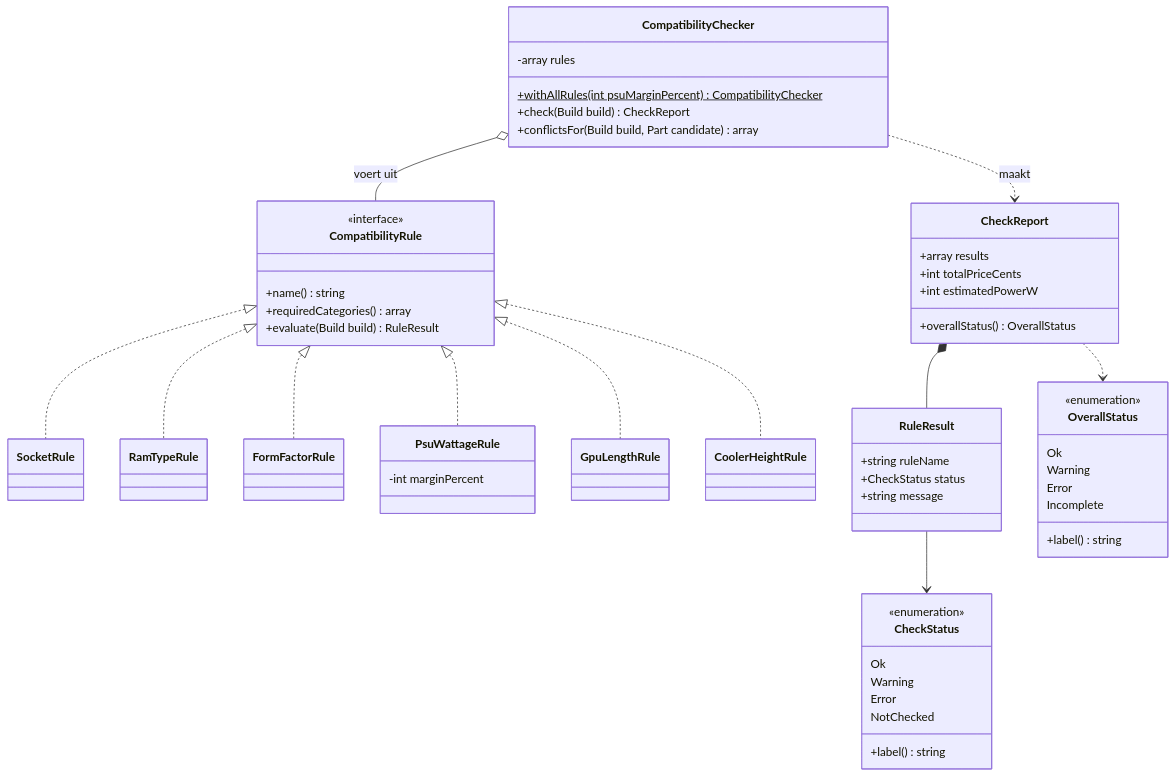
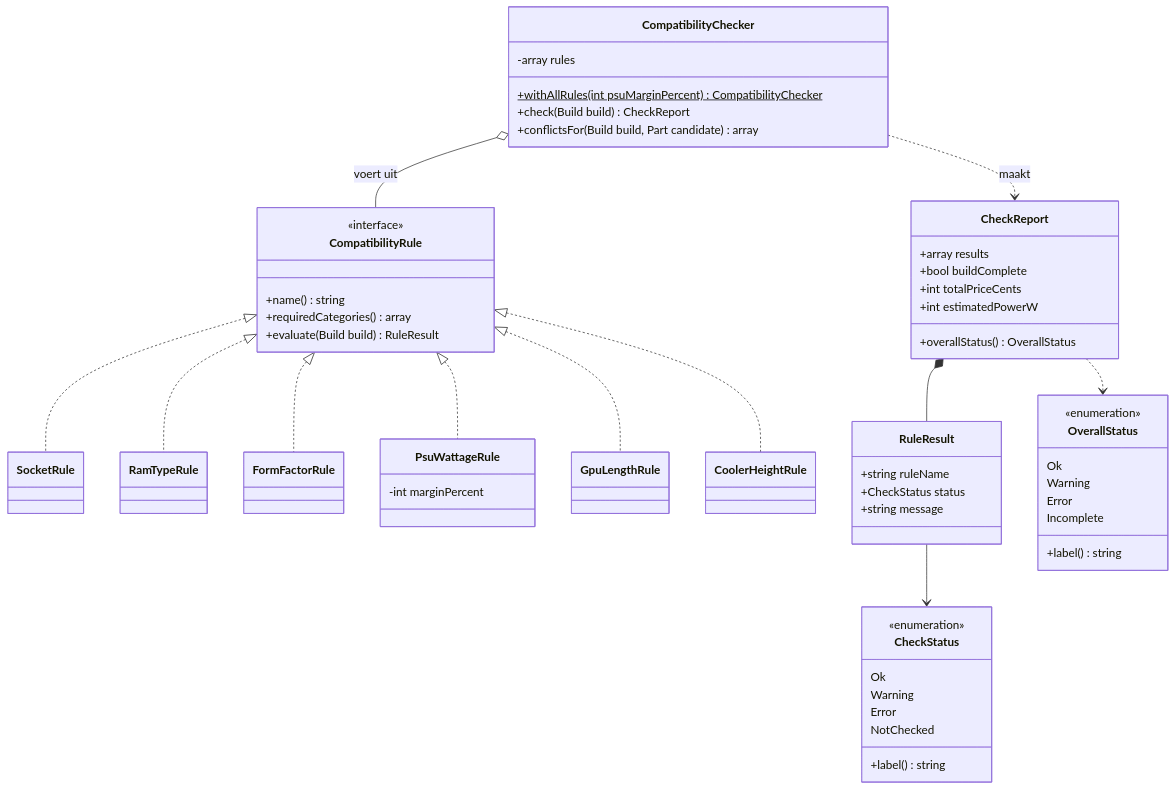
The fifth of 8 diagrams in docs/ontwerp.md (Niels023/pc-bouwplanner), drawn with Mermaid before and after one commit. The commit also changed other lines of this file and 5 other files, not shown here.

````diff
--- a/docs/ontwerp.md
+++ b/docs/ontwerp.md
@@ -325,62 +326,63 @@
 ```mermaid
 classDiagram
     class CompatibilityRule {
         <<interface>>
         +name() string
         +requiredCategories() array
         +evaluate(Build build) RuleResult
     }
     class SocketRule
     class RamTypeRule
     class FormFactorRule
     class PsuWattageRule {
         -int marginPercent
     }
     class GpuLengthRule
     class CoolerHeightRule
     class CompatibilityChecker {
         -array rules
         +withAllRules(int psuMarginPercent) CompatibilityChecker$
         +check(Build build) CheckReport
         +conflictsFor(Build build, Part candidate) array
     }
     class CheckReport {
         +array results
+        +bool buildComplete
         +int totalPriceCents
         +int estimatedPowerW
         +overallStatus() OverallStatus
     }
     class RuleResult {
         +string ruleName
         +CheckStatus status
         +string message
     }
     class CheckStatus {
         <<enumeration>>
         Ok
         Warning
         Error
         NotChecked
         +label() string
     }
     class OverallStatus {
         <<enumeration>>
         Ok
         Warning
         Error
         Incomplete
         +label() string
     }
 
     CompatibilityRule <|.. SocketRule
     CompatibilityRule <|.. RamTypeRule
     CompatibilityRule <|.. FormFactorRule
     CompatibilityRule <|.. PsuWattageRule
     CompatibilityRule <|.. GpuLengthRule
     CompatibilityRule <|.. CoolerHeightRule
     CompatibilityChecker o-- CompatibilityRule : voert uit
     CompatibilityChecker ..> CheckReport : maakt
     CheckReport *-- RuleResult
     RuleResult --> CheckStatus
     CheckReport ..> OverallStatus
 ```
````
